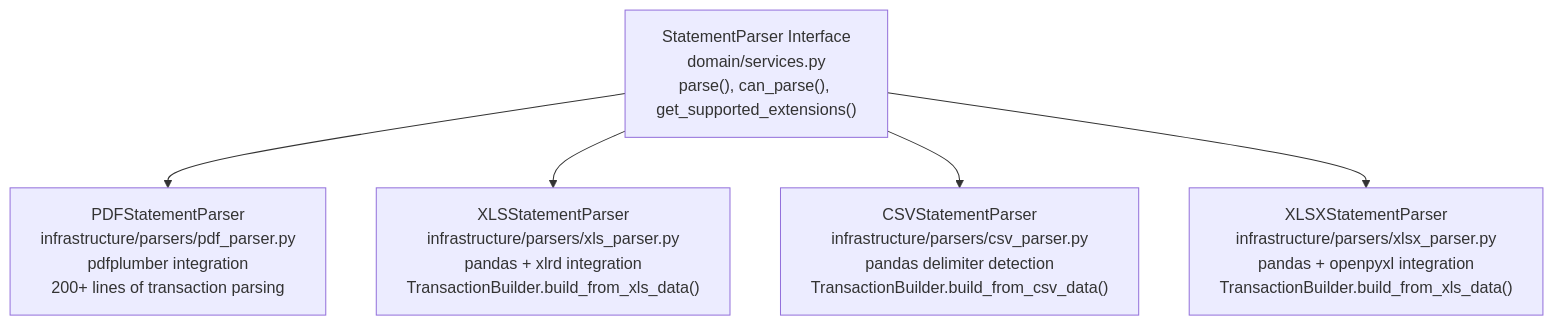
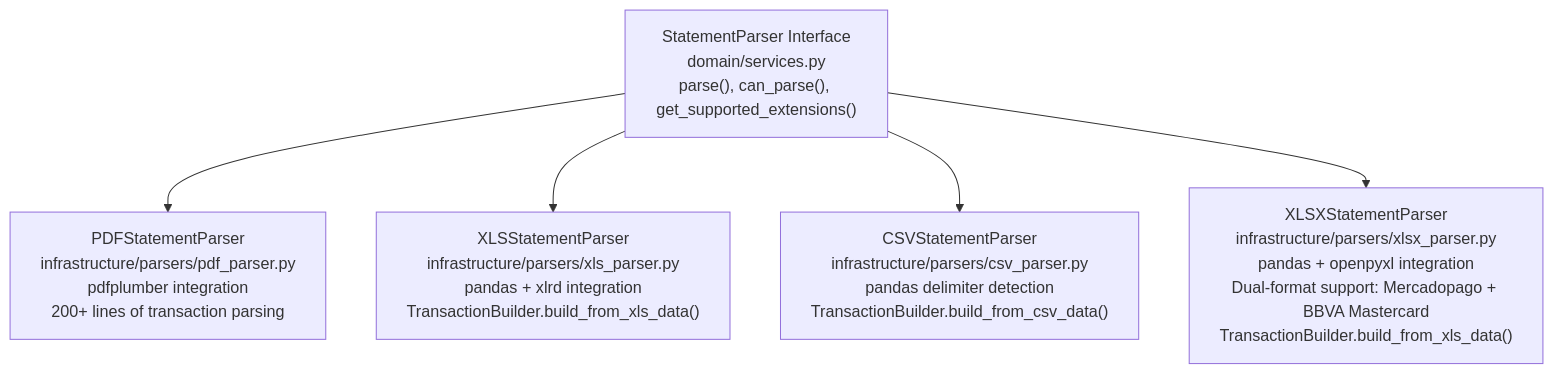
Before and after one commit to EduuardoPerez/financial-statement-processor: the second of 9 diagrams in memory-bank/systemPatterns.md, drawn with Mermaid. The commit also changed 34 other files, not shown here.

Commit message:
feat: Add support for BBVA Mastercard XLSX format

````diff
--- a/memory-bank/systemPatterns.md
+++ b/memory-bank/systemPatterns.md
@@ -50,17 +50,17 @@
 ```mermaid
 graph TB
     PARSER_INTERFACE["StatementParser Interface<br/>domain/services.py<br/>parse(), can_parse(), get_supported_extensions()"]
 
     PDF_STRATEGY["PDFStatementParser<br/>infrastructure/parsers/pdf_parser.py<br/>pdfplumber integration<br/>200+ lines of transaction parsing"]
 
     XLS_STRATEGY["XLSStatementParser<br/>infrastructure/parsers/xls_parser.py<br/>pandas + xlrd integration<br/>TransactionBuilder.build_from_xls_data()"]
 
     CSV_STRATEGY["CSVStatementParser<br/>infrastructure/parsers/csv_parser.py<br/>pandas delimiter detection<br/>TransactionBuilder.build_from_csv_data()"]
 
-    XLSX_STRATEGY["XLSXStatementParser<br/>infrastructure/parsers/xlsx_parser.py<br/>pandas + openpyxl integration<br/>TransactionBuilder.build_from_xls_data()"]
+    XLSX_STRATEGY["XLSXStatementParser<br/>infrastructure/parsers/xlsx_parser.py<br/>pandas + openpyxl integration<br/>Dual-format support: Mercadopago + BBVA Mastercard<br/>TransactionBuilder.build_from_xls_data()"]
 
     PARSER_INTERFACE --> PDF_STRATEGY
     PARSER_INTERFACE --> XLS_STRATEGY
     PARSER_INTERFACE --> CSV_STRATEGY
     PARSER_INTERFACE --> XLSX_STRATEGY
 ```
````
